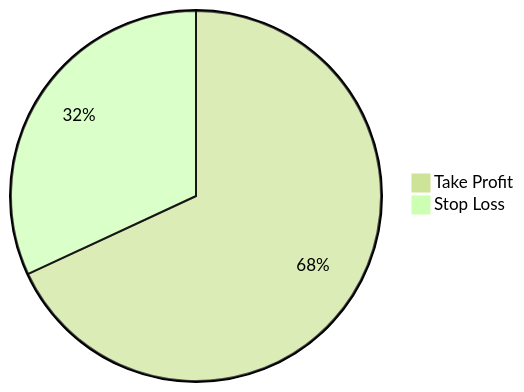
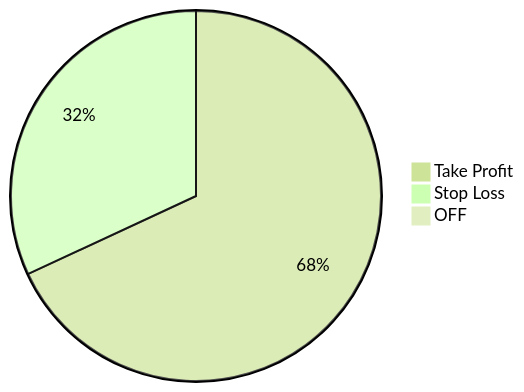
One commit to shifufx/jekyll-uno changed the diagram in _posts/2022-09-1-september-result.md. Above: the diagram before and after it, drawn with Mermaid (forest theme). The commit also changed 2 other files, not shown here.

Commit message:
:rocket::rocket:rocket: customize table :dart::trophy::trophy:

```diff
--- a/_posts/2022-09-1-september-result.md
+++ b/_posts/2022-09-1-september-result.md
@@ -55,6 +55,7 @@
 <div class="mermaid">
 
 pie title
     "Take Profit" : 144
     "Stop Loss" : 67.5
+    "OFF" : 0
 </div>
```
